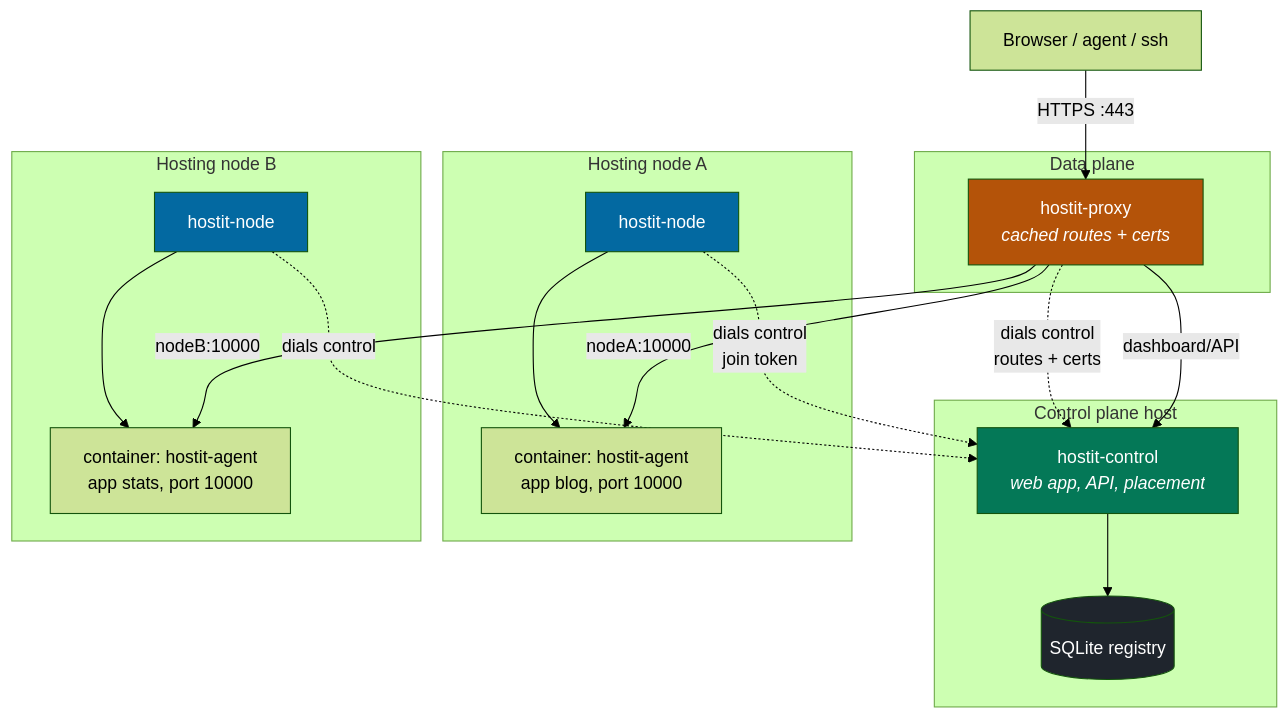
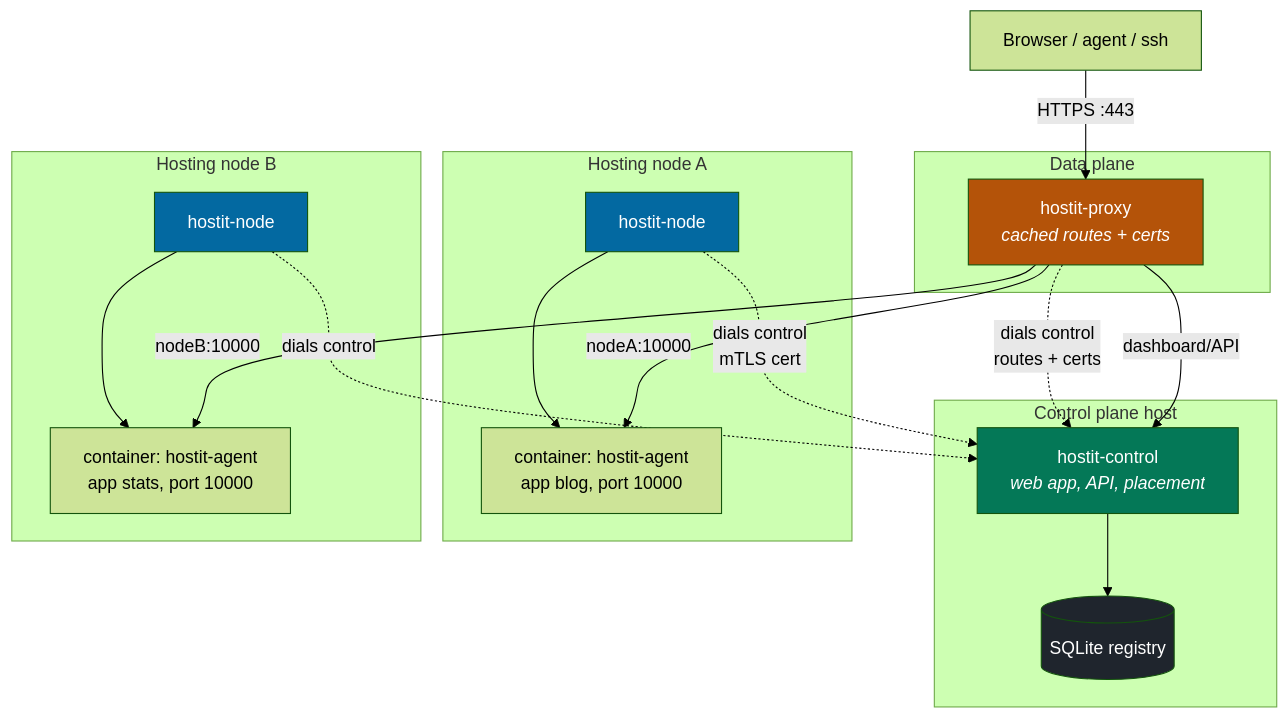
One commit to binwiederhier/hostit changed the first of 7 diagrams in docs/slides/presentations/multinode.md. Above: the diagram before and after it, drawn with Mermaid (forest theme). The commit also changed other lines of this file and 32 other files, not shown here.

First line of the commit message:
docs: catch the documentation up with the shipped split architecture

````diff
--- a/docs/slides/presentations/multinode.md
+++ b/docs/slides/presentations/multinode.md
@@ -149,40 +149,40 @@
 ```mermaid {scale: 0.45}
 flowchart TB
     browser[Browser / agent / ssh]
 
     subgraph edge["Data plane"]
         proxy["hostit-proxy<br/><i>cached routes + certs</i>"]
     end
 
     subgraph ctrl["Control plane host"]
         control["hostit-control<br/><i>web app, API, placement</i>"]
         store[("SQLite registry")]
     end
 
     subgraph nodeA["Hosting node A"]
         nodeDA["hostit-node"]
         a1["container: hostit-agent<br/>app blog, port 10000"]
     end
 
     subgraph nodeB["Hosting node B"]
         nodeDB["hostit-node"]
         a2["container: hostit-agent<br/>app stats, port 10000"]
     end
 
     browser -->|"HTTPS :443"| proxy
     proxy -->|"dashboard/API"| control
     proxy -->|"nodeA:10000"| a1
     proxy -->|"nodeB:10000"| a2
     control --> store
-    nodeDA -. "dials control<br/>join token" .-> control
+    nodeDA -. "dials control<br/>mTLS cert" .-> control
     nodeDB -. "dials control" .-> control
     proxy -. "dials control<br/>routes + certs" .-> control
     nodeDA --> a1
     nodeDB --> a2
 
     style control fill:#047857,color:#fff
     style store fill:#1f252d,color:#fff
     style proxy fill:#b45309,color:#fff
     style nodeDA fill:#0369a1,color:#fff
     style nodeDB fill:#0369a1,color:#fff
 ```
````
